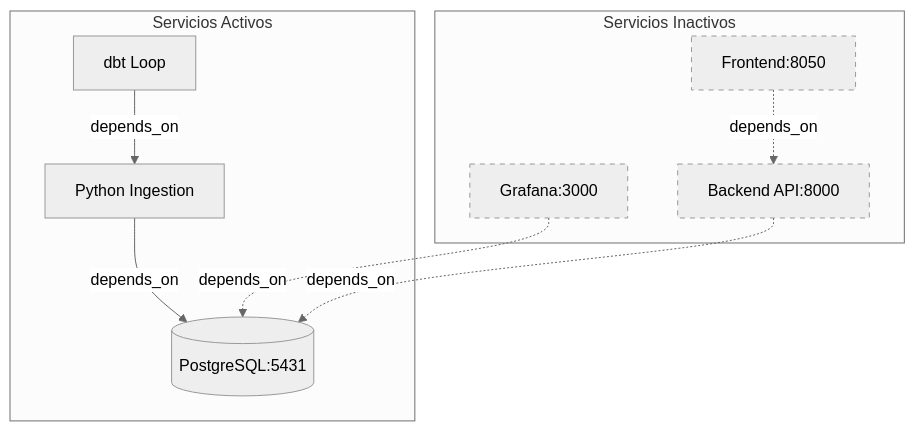
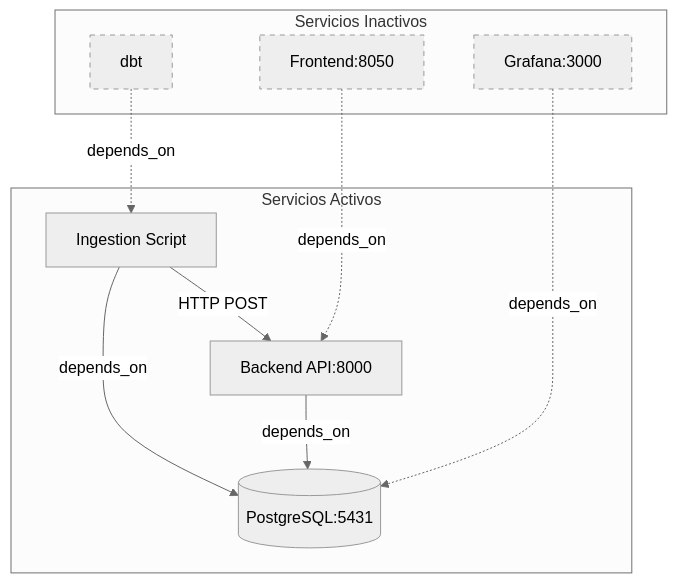
One commit to SergioM-prog/Data-Project-1-Calidad-del-aire changed the third of 3 diagrams in z_Documentacion/DOCUMENTACION_TECNICA.md. Above: the diagram before and after it, drawn with Mermaid (neutral theme). The commit also changed other lines of this file, not shown here.

````diff
--- a/z_Documentacion/DOCUMENTACION_TECNICA.md
+++ b/z_Documentacion/DOCUMENTACION_TECNICA.md
@@ -64,24 +162,25 @@
 ```mermaid
 graph TD
     subgraph "Servicios Activos"
         DB[(PostgreSQL:5431)]
-        APP[Python Ingestion]
-        DBT[dbt Loop]
+        BE[Backend API:8000]
+        ING[Ingestion Script]
     end
 
     subgraph "Servicios Inactivos"
+        DBT[dbt]
         GRF[Grafana:3000]
-        BE[Backend API:8000]
         FE[Frontend:8050]
     end
 
-    APP -->|depends_on| DB
-    DBT -->|depends_on| APP
+    ING -->|depends_on| DB
+    BE -->|depends_on| DB
+    ING -->|HTTP POST| BE
+    DBT -.->|depends_on| ING
     GRF -.->|depends_on| DB
-    BE -.->|depends_on| DB
     FE -.->|depends_on| BE
 
+    style DBT stroke-dasharray: 5 5
     style GRF stroke-dasharray: 5 5
-    style BE stroke-dasharray: 5 5
     style FE stroke-dasharray: 5 5
 ```
````
